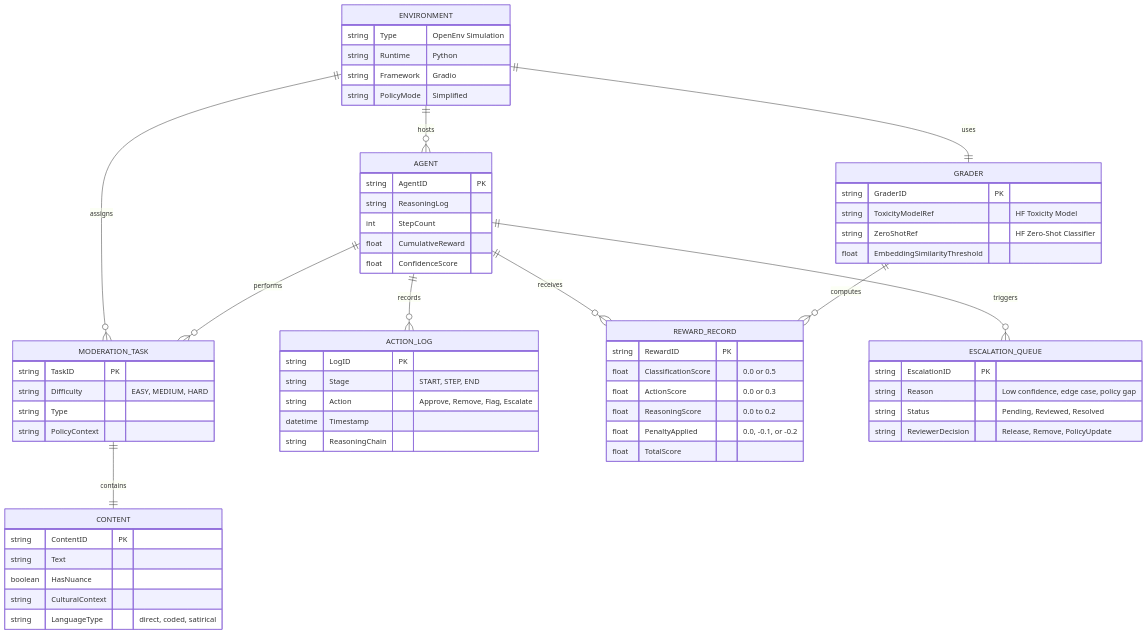
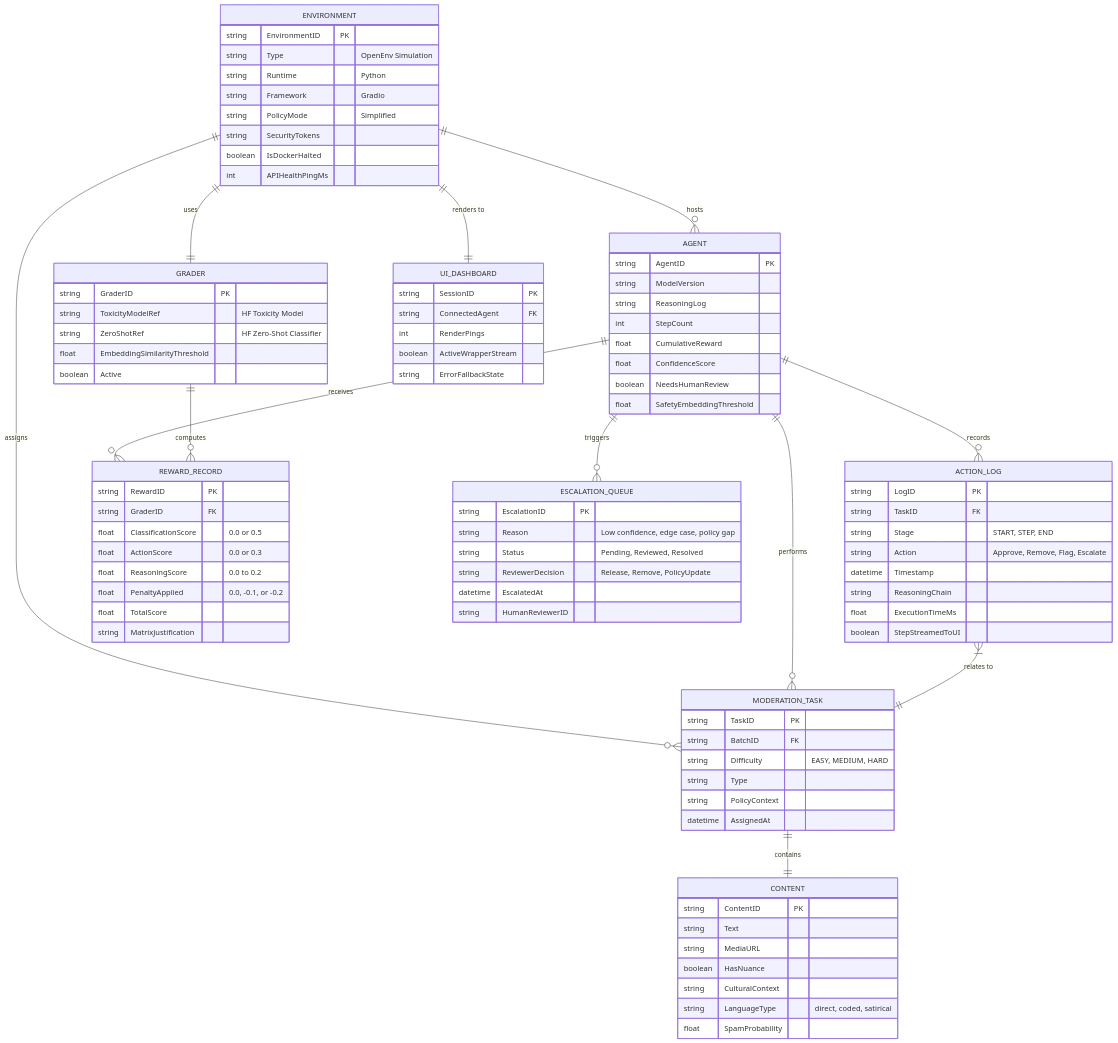
Before and after one commit to Anubhav741/ThinkSync: diagram 14 of 15 in core_concept.md, drawn with Mermaid. The commit also changed other lines of this file, not shown here.

````diff
--- a/core_concept.md
+++ b/core_concept.md
@@ -472,50 +504,66 @@
 erDiagram
 
 ENVIRONMENT {
+    string EnvironmentID PK
     string Type "OpenEnv Simulation"
     string Runtime "Python"
     string Framework "Gradio"
     string PolicyMode "Simplified"
+    string SecurityTokens
+    boolean IsDockerHalted
+    int APIHealthPingMs
 }
 
 AGENT {
     string AgentID PK
+    string ModelVersion
     string ReasoningLog
     int StepCount
     float CumulativeReward
     float ConfidenceScore
+    boolean NeedsHumanReview
+    float SafetyEmbeddingThreshold
 }
 
 MODERATION_TASK {
     string TaskID PK
+    string BatchID FK
     string Difficulty "EASY, MEDIUM, HARD"
     string Type
     string PolicyContext
+    datetime AssignedAt
 }
 
 CONTENT {
     string ContentID PK
     string Text
+    string MediaURL
     boolean HasNuance
     string CulturalContext
     string LanguageType "direct, coded, satirical"
+    float SpamProbability
 }
 
 ACTION_LOG {
     string LogID PK
+    string TaskID FK
     string Stage "START, STEP, END"
     string Action "Approve, Remove, Flag, Escalate"
     datetime Timestamp
     string ReasoningChain
+    float ExecutionTimeMs
+    boolean StepStreamedToUI
 }
 
 REWARD_RECORD {
     string RewardID PK
+    string GraderID FK
     float ClassificationScore "0.0 or 0.5"
     float ActionScore "0.0 or 0.3"
     float ReasoningScore "0.0 to 0.2"
     float PenaltyApplied "0.0, -0.1, or -0.2"
     float TotalScore
+    string MatrixJustification
 }
 
 ESCALATION_QUEUE {
@@ -523,6 +571,8 @@
     string Reason "Low confidence, edge case, policy gap"
     string Status "Pending, Reviewed, Resolved"
     string ReviewerDecision "Release, Remove, PolicyUpdate"
+    datetime EscalatedAt
+    string HumanReviewerID
 }
 
 GRADER {
@@ -530,15 +580,26 @@
     string ToxicityModelRef "HF Toxicity Model"
     string ZeroShotRef "HF Zero-Shot Classifier"
     float EmbeddingSimilarityThreshold
+    boolean Active
+}
+
+UI_DASHBOARD {
+    string SessionID PK
+    string ConnectedAgent FK
+    int RenderPings
+    boolean ActiveWrapperStream
+    string ErrorFallbackState
 }
 
 ENVIRONMENT ||--o{ AGENT : "hosts"
 ENVIRONMENT ||--o{ MODERATION_TASK : "assigns"
 ENVIRONMENT ||--|| GRADER : "uses"
+ENVIRONMENT ||--|| UI_DASHBOARD : "renders to"
 AGENT ||--o{ MODERATION_TASK : "performs"
 MODERATION_TASK ||--|| CONTENT : "contains"
 AGENT ||--o{ ACTION_LOG : "records"
 AGENT ||--o{ REWARD_RECORD : "receives"
 AGENT ||--o{ ESCALATION_QUEUE : "triggers"
 GRADER ||--o{ REWARD_RECORD : "computes"
+ACTION_LOG }|--|| MODERATION_TASK : "relates to"
 ```
````
